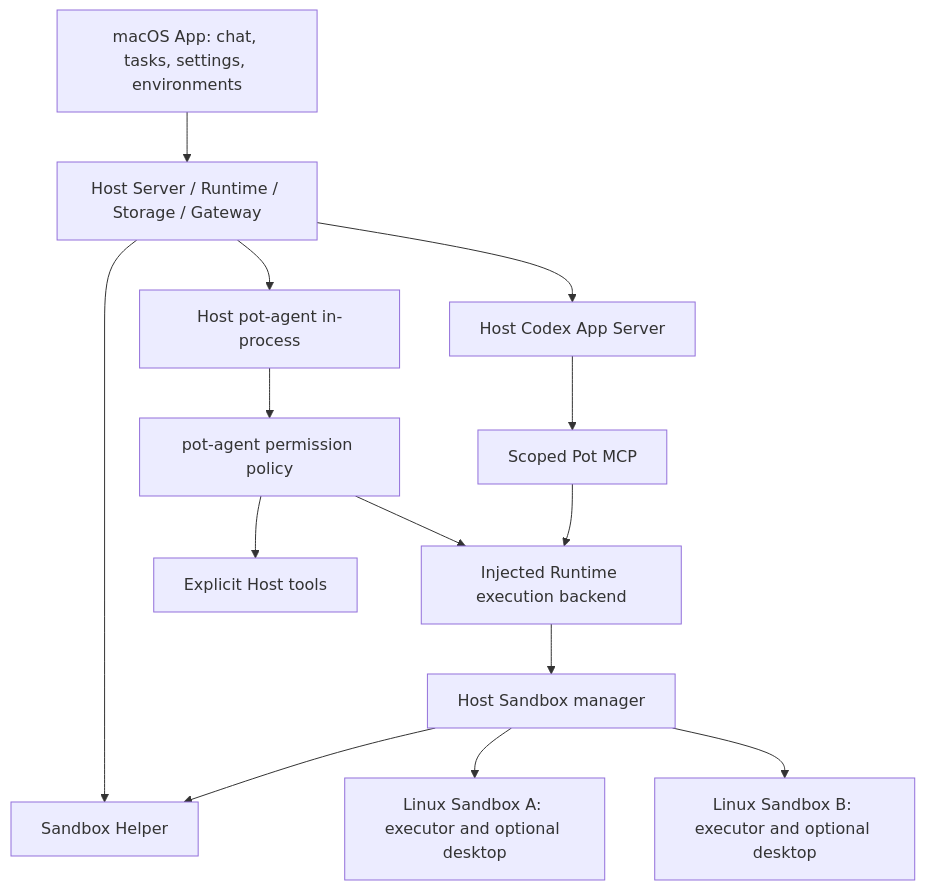
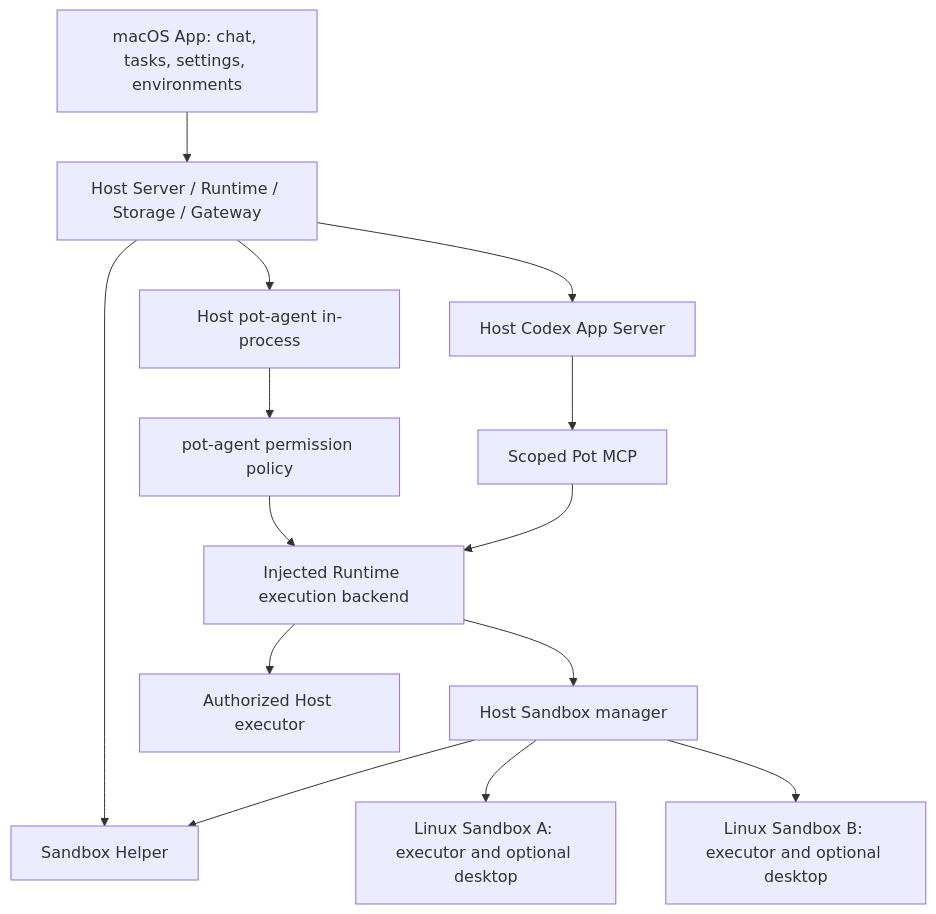
One commit to jjyr/pot changed the diagram in docs/architecture.md. Above: the diagram before and after it, drawn with Mermaid. The commit also changed other lines of this file and 71 other files, not shown here.

````diff
--- a/docs/architecture.md
+++ b/docs/architecture.md
@@ -7,16 +7,16 @@
 ```mermaid
 flowchart TB
     App[macOS App: chat, tasks, settings, environments] --> Server[Host Server / Runtime / Storage / Gateway]
     Server --> Helper[Sandbox Helper]
     Server --> Pot[Host pot-agent in-process]
     Server --> Codex[Host Codex App Server]
     Pot --> Permission[pot-agent permission policy]
-    Permission --> Host[Explicit Host tools]
     Permission --> Tools[Injected Runtime execution backend]
     Codex --> MCP[Scoped Pot MCP]
     MCP --> Tools
+    Tools --> Host[Authorized Host executor]
     Tools --> Manager[Host Sandbox manager]
     Manager --> Helper
     Manager --> A[Linux Sandbox A: executor and optional desktop]
     Manager --> B[Linux Sandbox B: executor and optional desktop]
 ```
````
